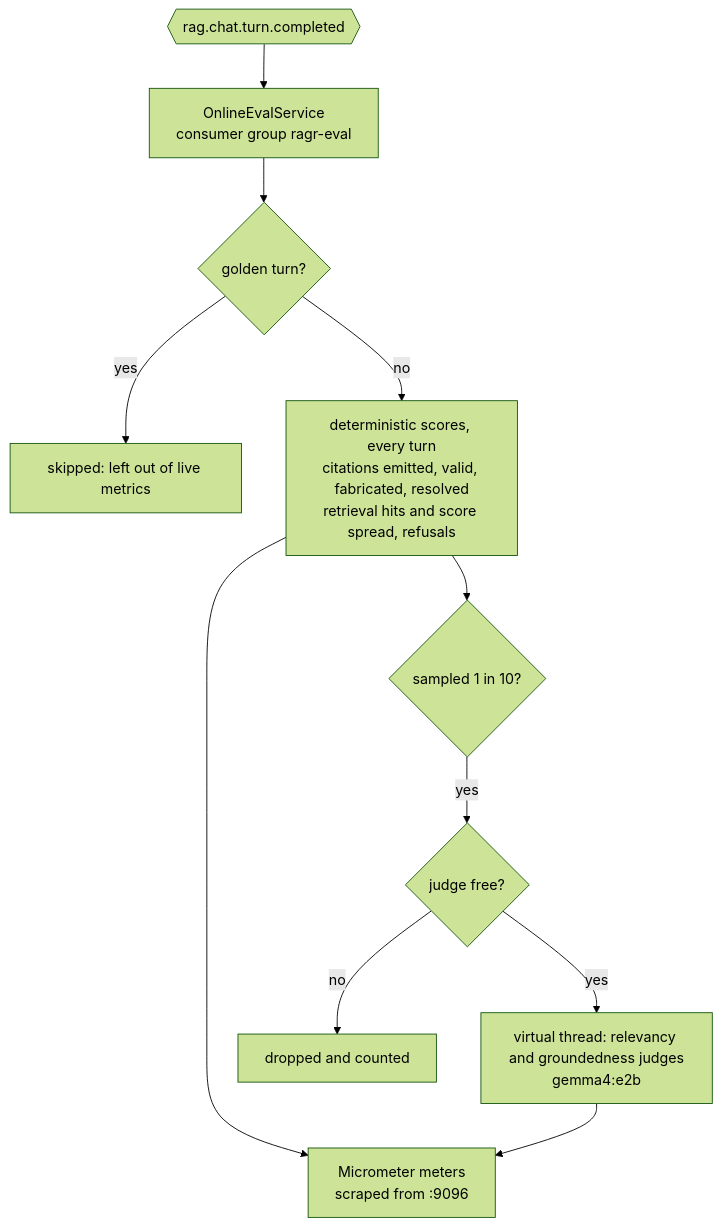
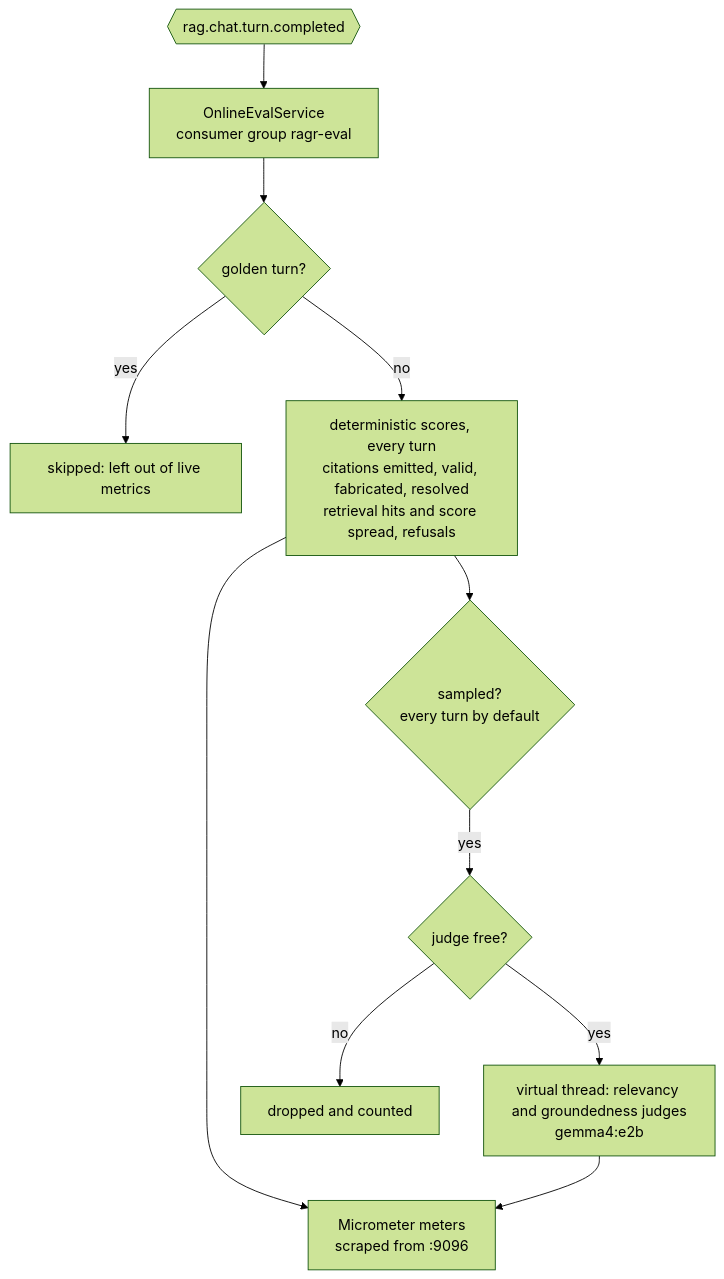
Before and after one commit to subhanmishra/spring-ai: the first of 2 diagrams in ragr-eval/README.md, drawn with Mermaid (forest theme). The commit also changed other lines of this file and 5 other files, not shown here.

First line of the commit message:
Judge every live turn, and let the golden suite follow golden.judged

````diff
--- a/ragr-eval/README.md
+++ b/ragr-eval/README.md
@@ -22,13 +22,13 @@
 ```mermaid
 flowchart TD
     k{{rag.chat.turn.completed}} --> l[OnlineEvalService<br/>consumer group ragr-eval]
     l --> g{golden turn?}
     g -- yes --> skip[skipped: left out of live metrics]
     g -- no --> det[deterministic scores, every turn<br/>citations emitted, valid, fabricated, resolved<br/>retrieval hits and score spread, refusals]
     det --> m[Micrometer meters<br/>scraped from :9096]
-    det --> s{sampled 1 in 10?}
+    det --> s{sampled?<br/>every turn by default}
     s -- yes --> free{judge free?}
     free -- yes --> j[virtual thread: relevancy and groundedness judges<br/>gemma4:e2b]
     free -- no --> drop[dropped and counted]
     j --> m
 ```
````
